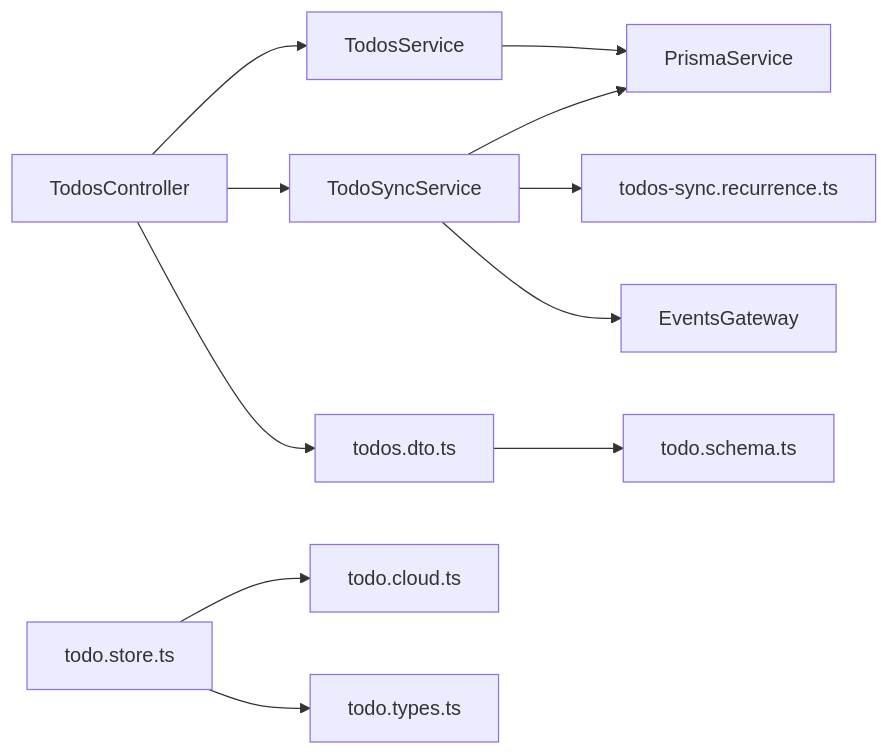
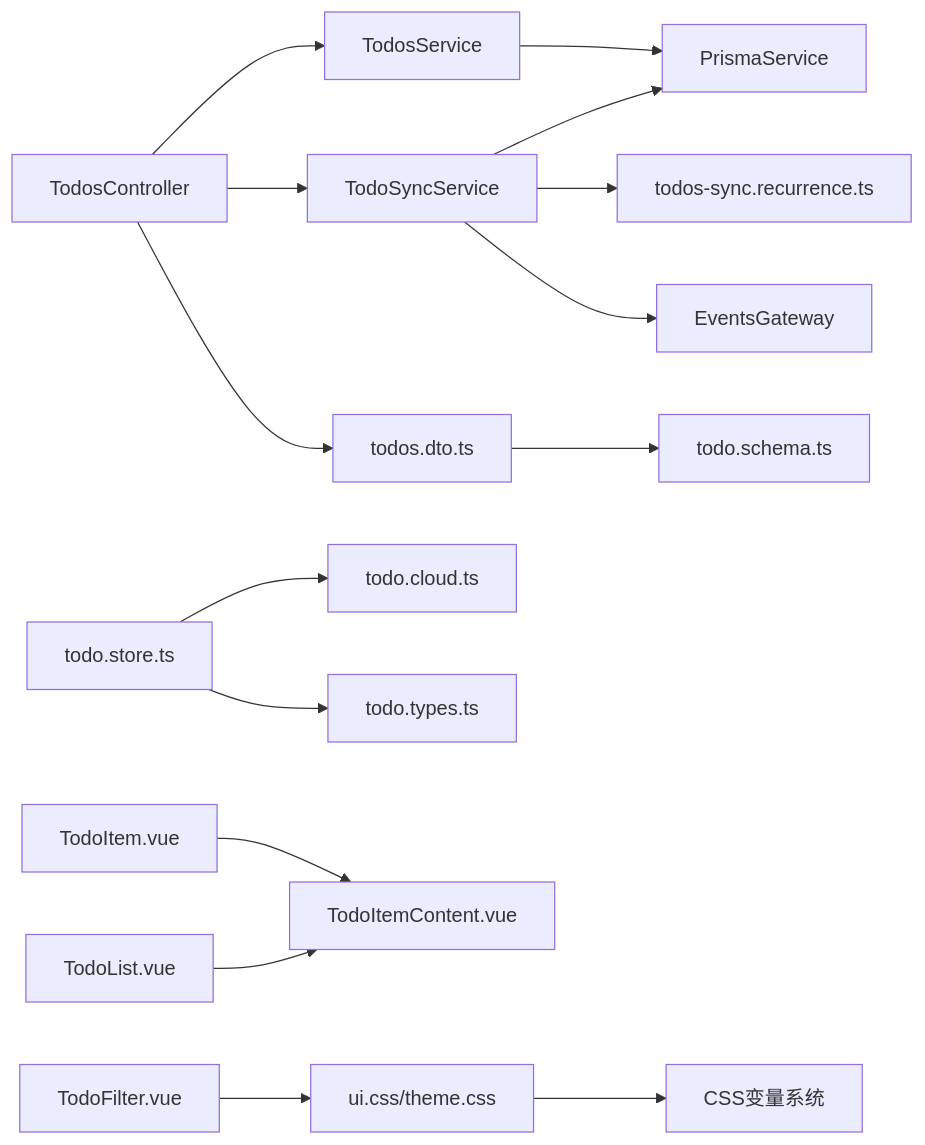
One commit to xixixiaoyu/Todo changed the ninth of 9 diagrams in .qoder/repowiki/zh/content/后端开发/待办事项模块/待办事项模块.md. Above: the diagram before and after it, drawn with Mermaid. The commit also changed other lines of this file and 8 other files, not shown here.

````diff
--- a/.qoder/repowiki/zh/content/后端开发/待办事项模块/待办事项模块.md
+++ b/.qoder/repowiki/zh/content/后端开发/待办事项模块/待办事项模块.md
@@ -375,13 +520,17 @@
 ```mermaid
 graph LR
 Ctrl["TodosController"] --> Svc["TodosService"]
 Ctrl --> Sync["TodoSyncService"]
 Svc --> Prisma["PrismaService"]
 Sync --> Prisma
 Sync --> Recur["todos-sync.recurrence.ts"]
 Sync --> GW["EventsGateway"]
 FEStore["todo.store.ts"] --> FECloud["todo.cloud.ts"]
 FEStore --> FETypes["todo.types.ts"]
 Ctrl --> DTO["todos.dto.ts"]
 DTO --> Shared["todo.schema.ts"]
+FComp["TodoItem.vue"] --> FItemContent["TodoItemContent.vue"]
+FList["TodoList.vue"] --> FItemContent
+FFilter["TodoFilter.vue"] --> FStyles["ui.css/theme.css"]
+FStyles --> Theme["CSS变量系统"]
 ```
````
